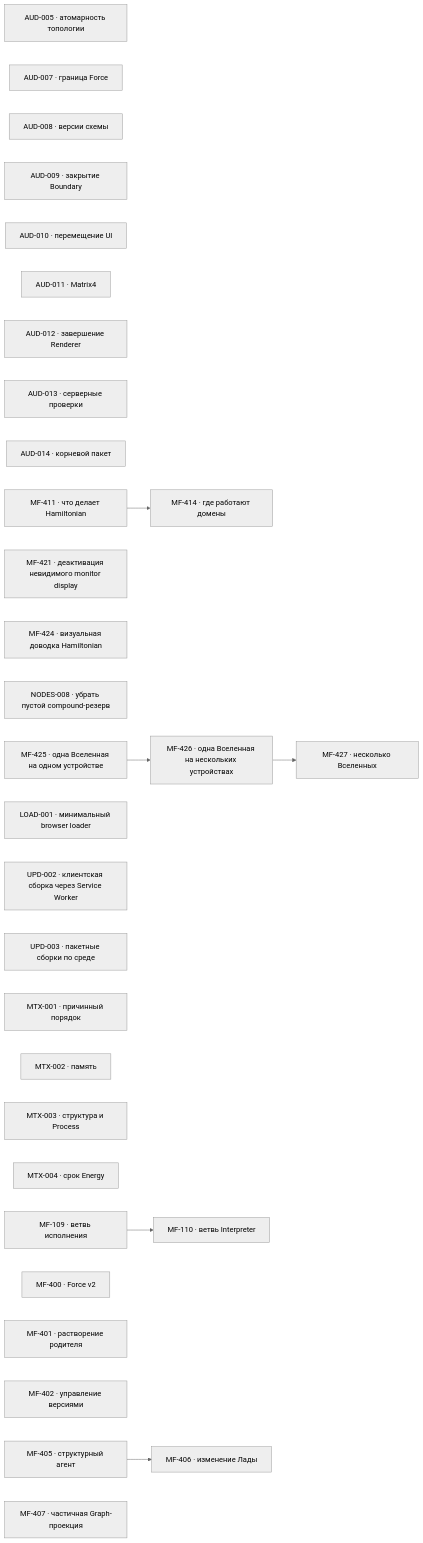
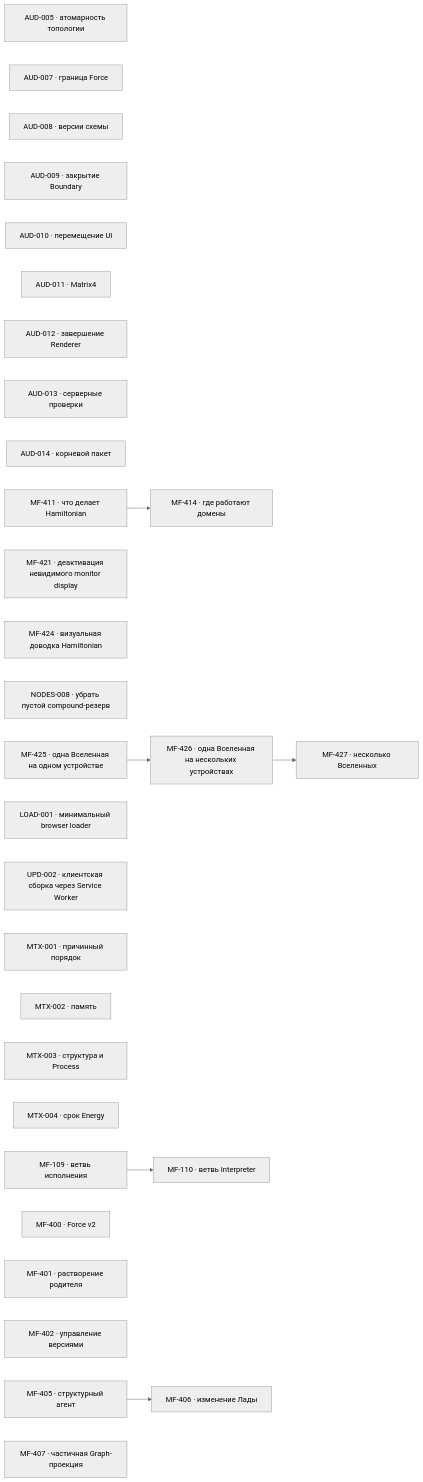
The diagram in project/TODO.md (zavx0z/metafor), drawn with Mermaid (neutral theme) before and after one commit. The commit also changed other lines of this file and 4 other files, not shown here.

````diff
--- a/project/TODO.md
+++ b/project/TODO.md
@@ -13,40 +13,39 @@
 ```mermaid
 flowchart LR
     AUD005["AUD-005 · атомарность топологии"]
     AUD007["AUD-007 · граница Force"]
     AUD008["AUD-008 · версии схемы"]
     AUD009["AUD-009 · закрытие Boundary"]
     AUD010["AUD-010 · перемещение UI"]
     AUD011["AUD-011 · Matrix4"]
     AUD012["AUD-012 · завершение Renderer"]
     AUD013["AUD-013 · серверные проверки"]
     AUD014["AUD-014 · корневой пакет"]
     MF411["MF-411 · что делает Hamiltonian"]
     MF414["MF-414 · где работают домены"]
     MF421["MF-421 · деактивация невидимого monitor display"]
     MF424["MF-424 · визуальная доводка Hamiltonian"]
     NODES008["NODES-008 · убрать пустой compound-резерв"]
     MF425["MF-425 · одна Вселенная на одном устройстве"]
     LOAD001["LOAD-001 · минимальный browser loader"]
     UPD002["UPD-002 · клиентская сборка через Service Worker"]
-    UPD003["UPD-003 · пакетные сборки по среде"]
     MF426["MF-426 · одна Вселенная на нескольких устройствах"]
     MF427["MF-427 · несколько Вселенных"]
     MTX001["MTX-001 · причинный порядок"]
     MTX002["MTX-002 · память"]
     MTX003["MTX-003 · структура и Process"]
     MTX004["MTX-004 · срок Energy"]
     MF109["MF-109 · ветвь исполнения"]
     MF110["MF-110 · ветвь Interpreter"]
     MF400["MF-400 · Force v2"]
     MF401["MF-401 · растворение родителя"]
     MF402["MF-402 · управление версиями"]
     MF405["MF-405 · структурный агент"]
     MF406["MF-406 · изменение Лады"]
     MF407["MF-407 · частичная Graph-проекция"]
     MF109 --> MF110
     MF405 --> MF406
     MF411 --> MF414
     MF425 --> MF426
     MF426 --> MF427
 ```
````
